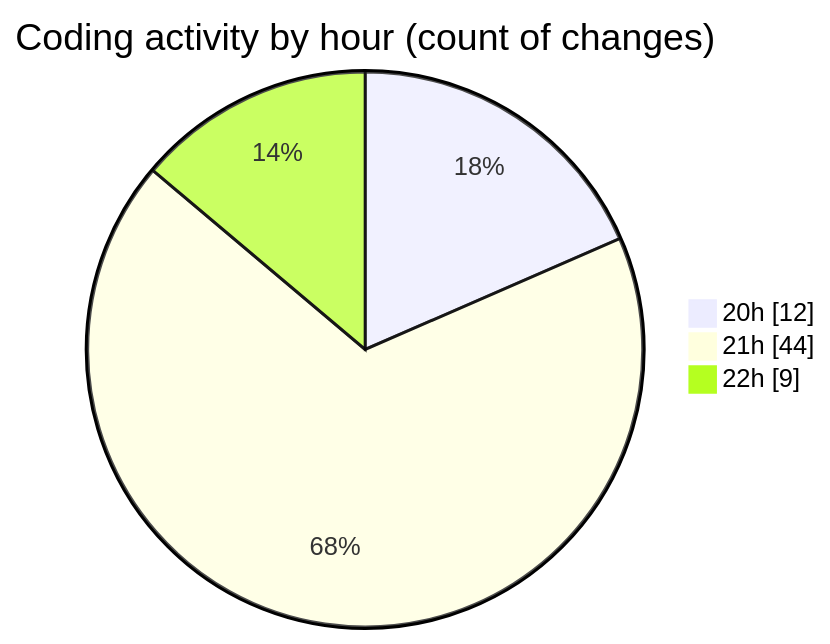
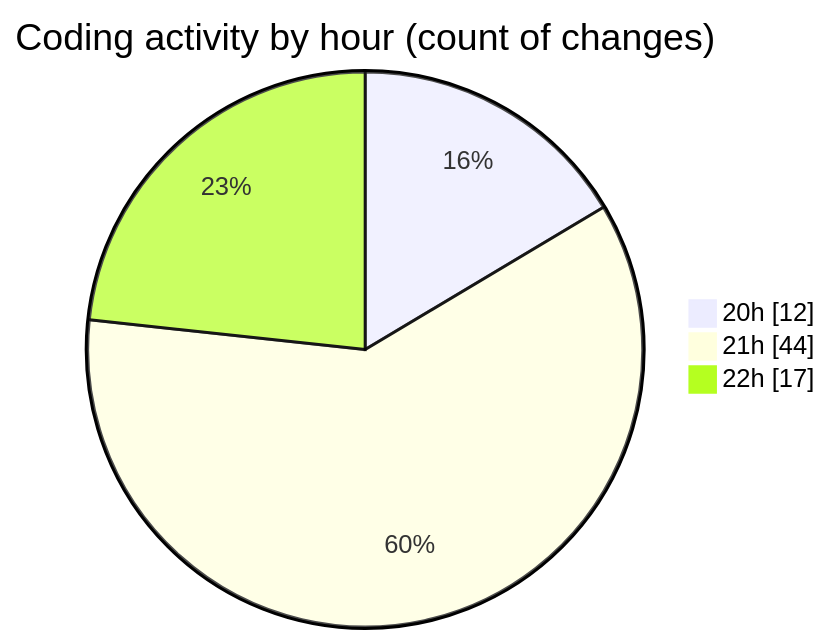
The second of 2 diagrams in 2025-04-24/echo/README.md (Netris89/code-tracking), drawn with Mermaid before and after one commit. The commit also changed other lines of this file and 1 other file, not shown here.

````diff
--- a/2025-04-24/echo/README.md
+++ b/2025-04-24/echo/README.md
@@ -30,7 +30,7 @@
 ```mermaid
 pie showData
 title Coding activity by hour (count of changes)
 "20h" : 12
 "21h" : 44
-"22h" : 9
+"22h" : 17
 ```
````
